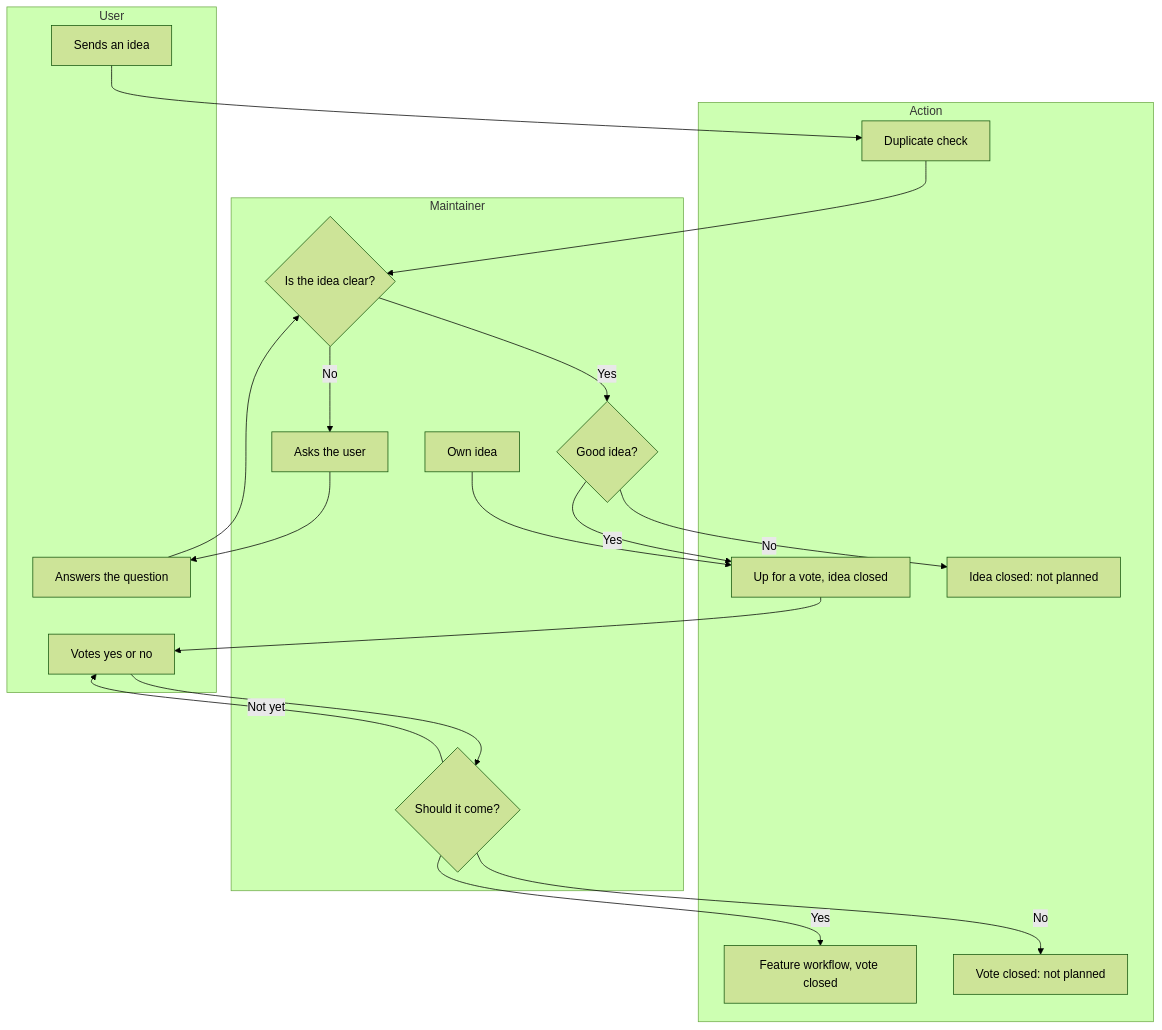
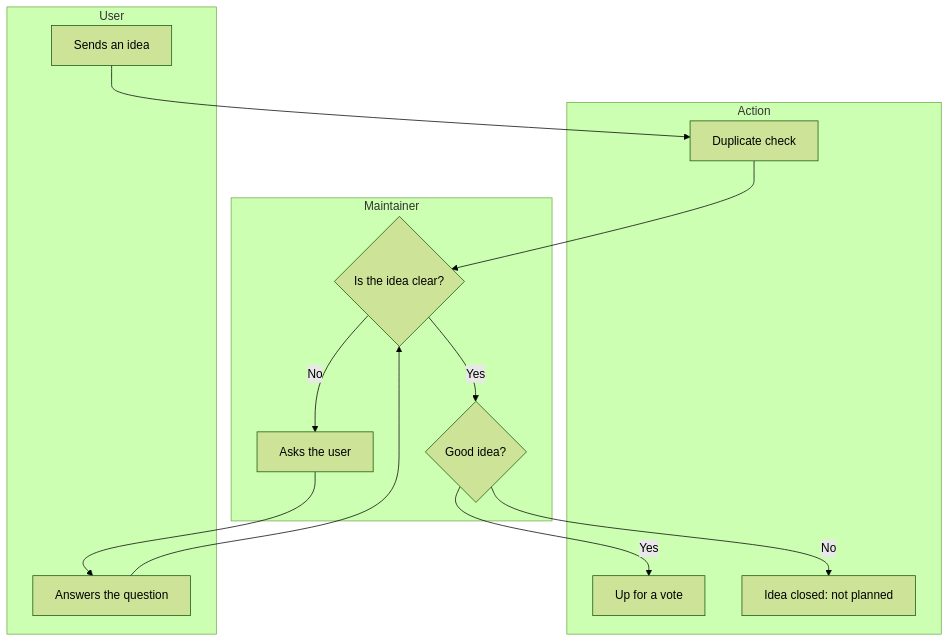
The first of 2 diagrams in docs/IDEAS-WORKFLOW.md (GFGMNET/Workspace), drawn with Mermaid (forest theme) before and after one commit. The commit also changed other lines of this file, not shown here.

First line of the commit message:
IDEAS workflow: two clean charts (idea → vote, vote → feature)

````diff
--- a/docs/IDEAS-WORKFLOW.md
+++ b/docs/IDEAS-WORKFLOW.md
@@ -5,32 +7,22 @@
 ```mermaid
 flowchart TD
  subgraph User
   U1[Sends an idea]
   U2[Answers the question]
-  U3[Votes yes or no]
+ end
+ subgraph Action
+  A1[Duplicate check]
+  A2[Up for a vote]
+  A3[Idea closed: not planned]
  end
  subgraph Maintainer
   M1{Is the idea clear?}
   M2[Asks the user]
   M3{Good idea?}
-  M4[Own idea]
-  M5{Should it come?}
- end
- subgraph Action
-  A1[Duplicate check]
-  A2[Up for a vote, idea closed]
-  A3[Idea closed: not planned]
-  A4[Feature workflow, vote closed]
-  A5[Vote closed: not planned]
  end
  U1 --> A1 --> M1
  M1 -->|No| M2 --> U2 --> M1
  M1 -->|Yes| M3
  M3 -->|Yes| A2
  M3 -->|No| A3
- M4 --> A2
- A2 --> U3 --> M5
- M5 -->|Yes| A4
- M5 -->|No| A5
- M5 -->|Not yet| U3
 ```
````
